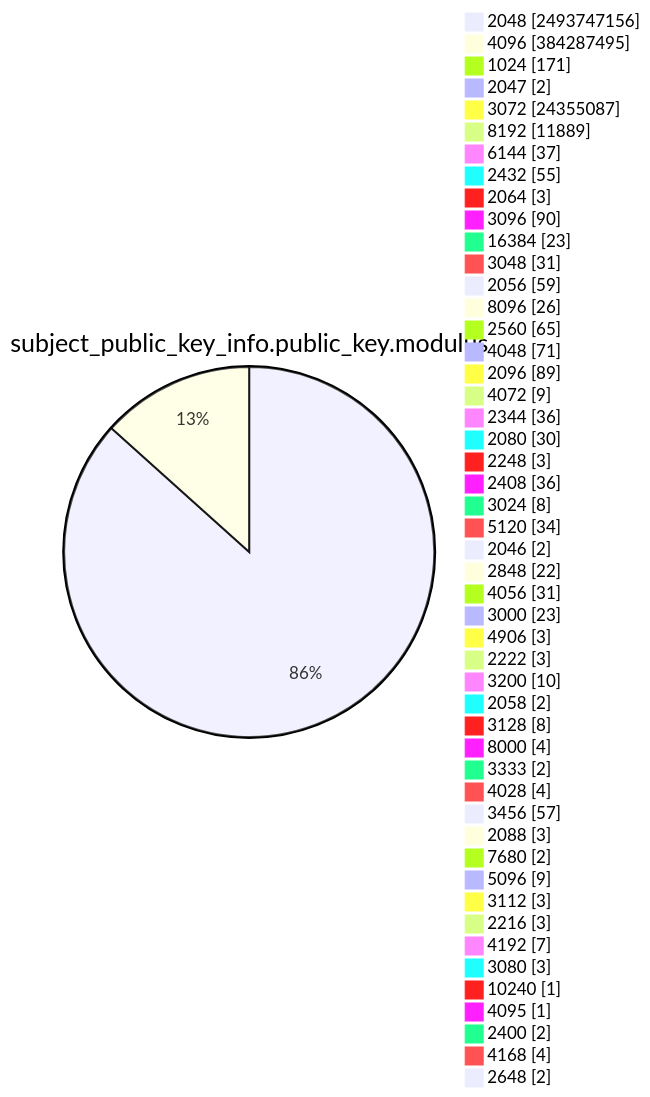
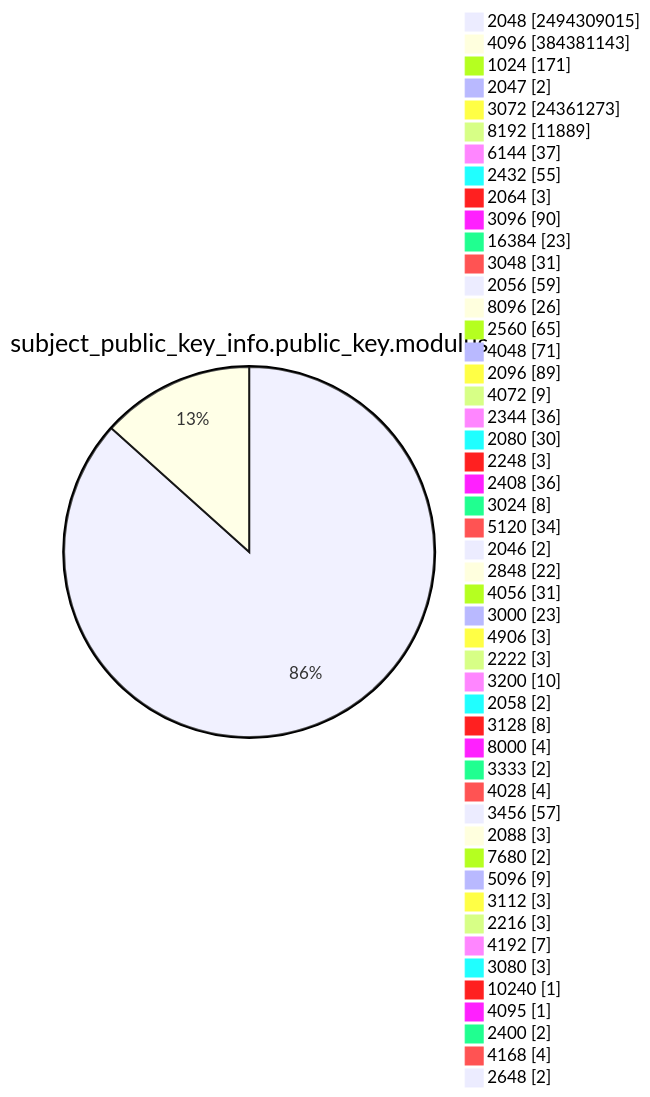
Diagram 13 of 15 in TOTAL/README.md (christiankrug/ctmonitor_visualization), drawn with Mermaid before and after one commit. The commit also changed other lines of this file, not shown here.

````diff
--- a/TOTAL/README.md
+++ b/TOTAL/README.md
@@ -4169,53 +4169,53 @@
 ```mermaid
 pie showData
 title subject_public_key_info.public_key.modulus
-"2048" :2493747156
-"4096" :384287495
+"2048" :2494309015
+"4096" :384381143
 "1024" :171
 "2047" :2
-"3072" :24355087
+"3072" :24361273
 "8192" :11889
 "6144" :37
 "2432" :55
 "2064" :3
 "3096" :90
 "16384" :23
 "3048" :31
 "2056" :59
 "8096" :26
 "2560" :65
 "4048" :71
 "2096" :89
 "4072" :9
 "2344" :36
 "2080" :30
 "2248" :3
 "2408" :36
 "3024" :8
 "5120" :34
 "2046" :2
 "2848" :22
 "4056" :31
 "3000" :23
 "4906" :3
 "2222" :3
 "3200" :10
 "2058" :2
 "3128" :8
 "8000" :4
 "3333" :2
 "4028" :4
 "3456" :57
 "2088" :3
 "7680" :2
 "5096" :9
 "3112" :3
 "2216" :3
 "4192" :7
 "3080" :3
 "10240" :1
 "4095" :1
 "2400" :2
 "4168" :4
 "2648" :2
 ```
````
